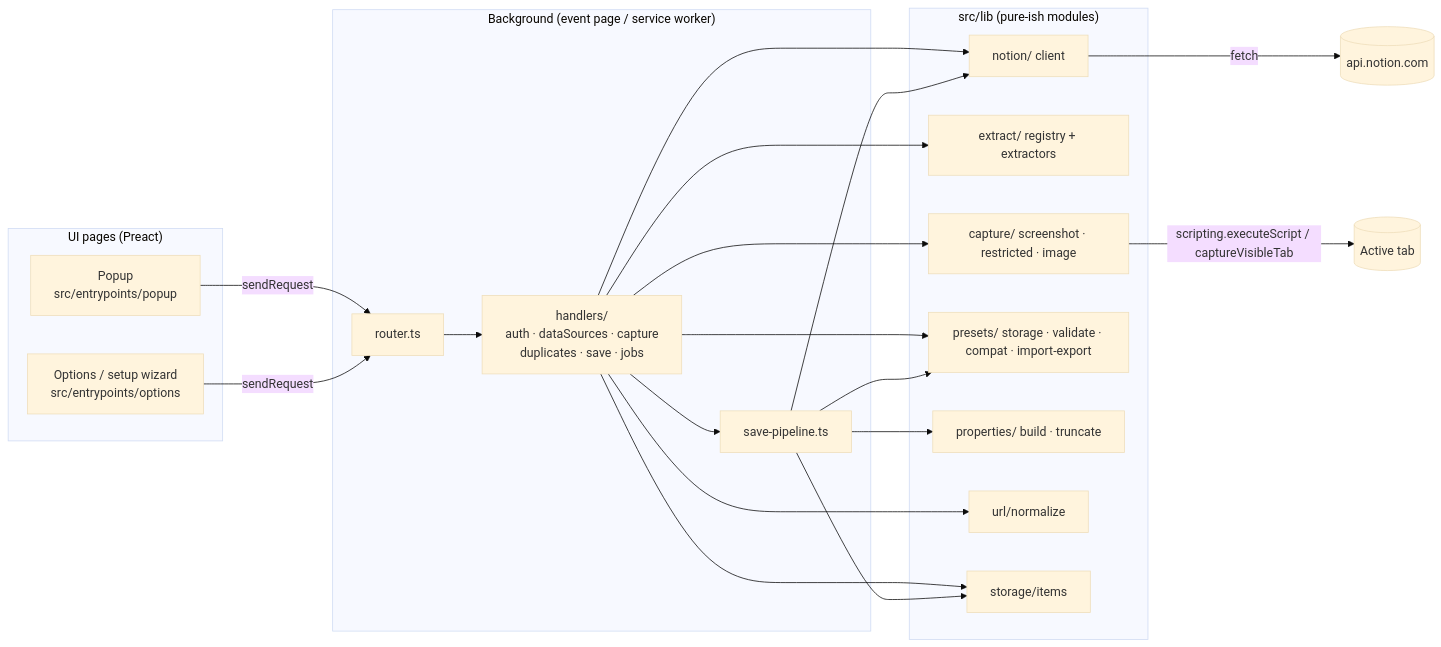
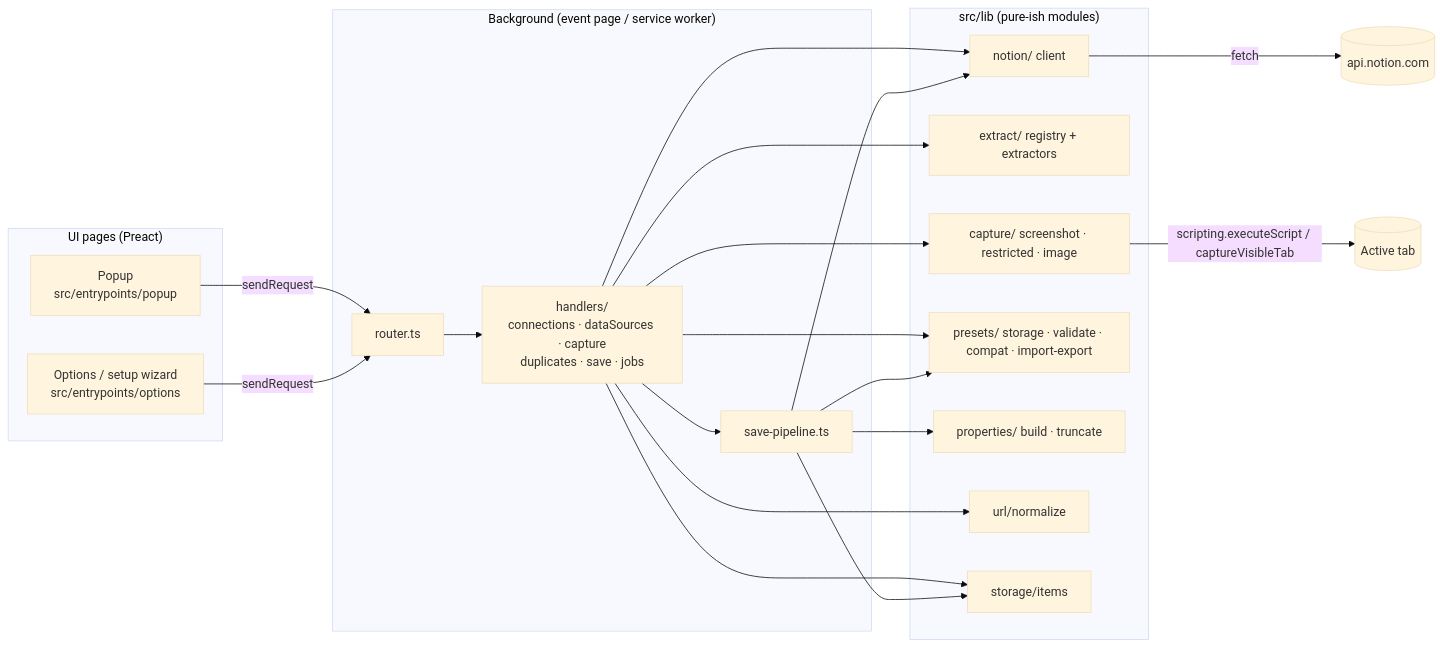
Before and after one commit to 3333444n/sitecatch: the first of 4 diagrams in docs/architecture.md, drawn with Mermaid (base theme). The commit also changed other lines of this file and 8 other files, not shown here.

````diff
--- a/docs/architecture.md
+++ b/docs/architecture.md
@@ -7,31 +7,31 @@
 ```mermaid
 flowchart LR
   subgraph UI["UI pages (Preact)"]
     P[Popup<br/>src/entrypoints/popup]
     O[Options / setup wizard<br/>src/entrypoints/options]
   end
   subgraph BG["Background (event page / service worker)"]
     R[router.ts]
-    H[handlers/<br/>auth · dataSources · capture<br/>duplicates · save · jobs]
+    H[handlers/<br/>connections · dataSources · capture<br/>duplicates · save · jobs]
     SP[save-pipeline.ts]
   end
   subgraph LIB["src/lib (pure-ish modules)"]
     N[notion/ client]
     X[extract/ registry + extractors]
     C[capture/ screenshot · restricted · image]
     PR[presets/ storage · validate · compat · import-export]
     PB[properties/ build · truncate]
     U[url/normalize]
     S[storage/items]
   end
   TAB[(Active tab)]
   NOTION[(api.notion.com)]
 
   P -- sendRequest --> R
   O -- sendRequest --> R
   R --> H --> SP
   H --> N & X & C & PR & U & S
   SP --> N & PB & PR & S
   C -- scripting.executeScript / captureVisibleTab --> TAB
   N -- fetch --> NOTION
 ```
````
